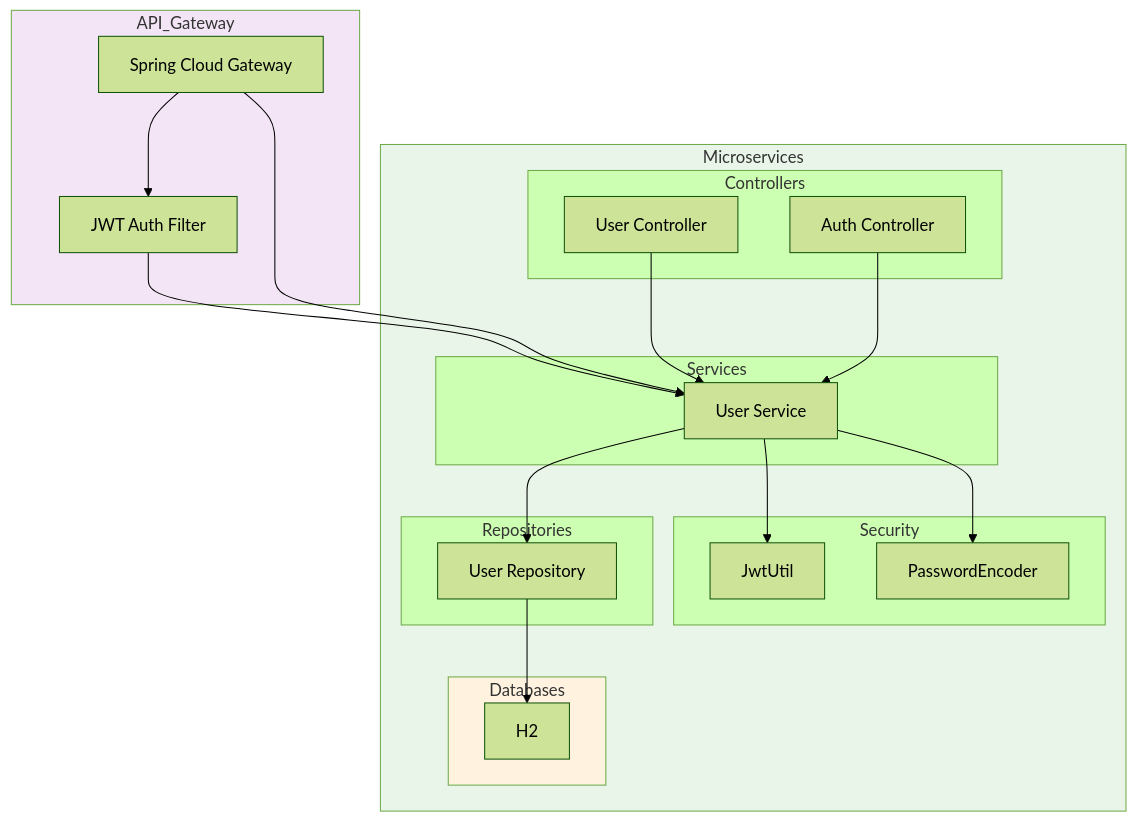
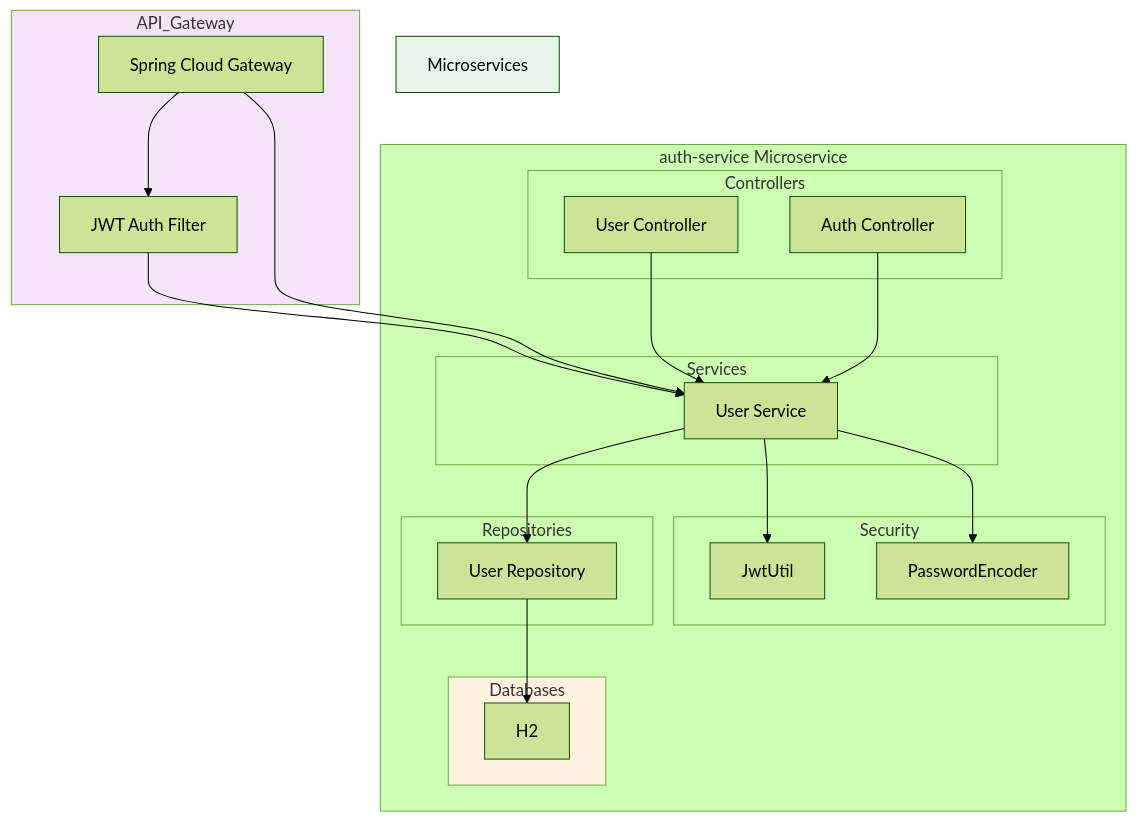
The diagram in diagrams/user-microservice-components.md (alejoduran/auth-service), drawn with Mermaid (forest theme) before and after one commit.

````diff
--- a/diagrams/user-microservice-components.md
+++ b/diagrams/user-microservice-components.md
@@ -1,44 +1,44 @@
 ```mermaid
 graph TB
    
     subgraph API_Gateway
         GW[Spring Cloud Gateway]
         AF[JWT Auth Filter]
     end
     
-    subgraph Microservices
+    subgraph auth-service Microservice
       subgraph Controllers
         UC[User Controller]
         AC[Auth Controller]
       end
       subgraph Services
         US[User Service]
       end
       subgraph Security
         JU[JwtUtil]
         PE[PasswordEncoder]
       end
       subgraph Repositories
         UR[User Repository]
       end
       subgraph Databases
         PG[H2]
       end
     end
     
     
 
     GW --> AF
     AF --> US
     GW --> US
     UC --> US
     AC --> US
     US --> UR
     US --> JU
     US --> PE
     UR --> PG
 
     style API_Gateway fill:#f3e5f5
     style Microservices fill:#e8f5e8
     style Databases fill:#fff3e0
 ```
````
